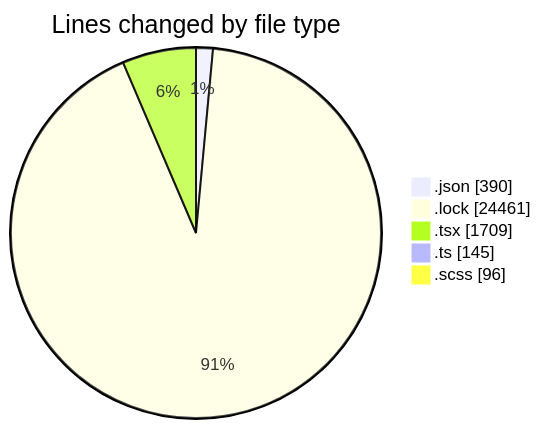
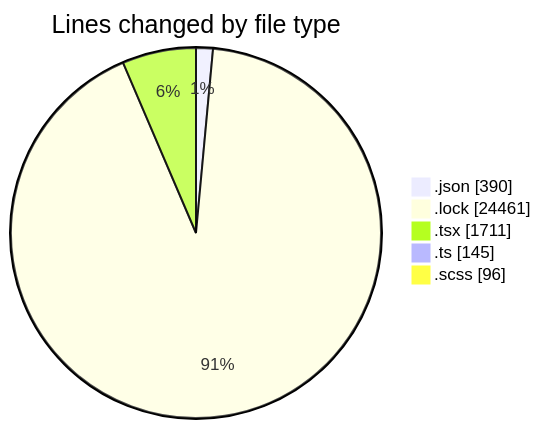
The first of 2 diagrams in 2026-05-14/cda/README.md (momahboobian/code-tracking), drawn with Mermaid before and after one commit. The commit also changed other lines of this file and 1 other file, not shown here.

````diff
--- a/2026-05-14/cda/README.md
+++ b/2026-05-14/cda/README.md
@@ -35,9 +35,9 @@
 ```mermaid
 pie showData
 title Lines changed by file type
 ".json" : 390
 ".lock" : 24461
-".tsx" : 1709
+".tsx" : 1711
 ".ts" : 145
 ".scss" : 96
 ```
````
